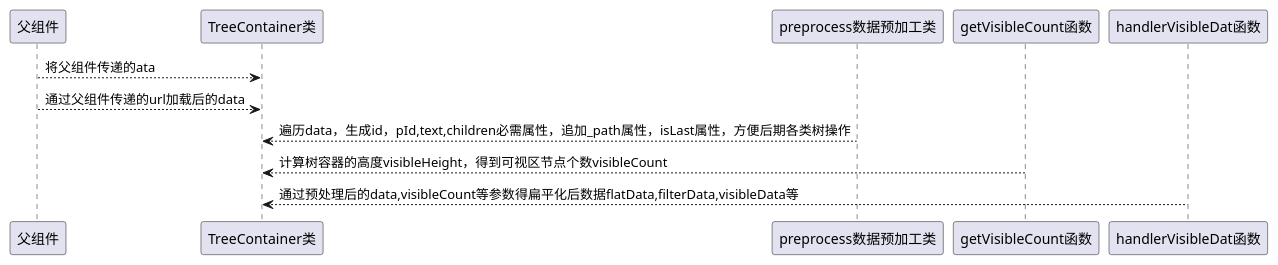
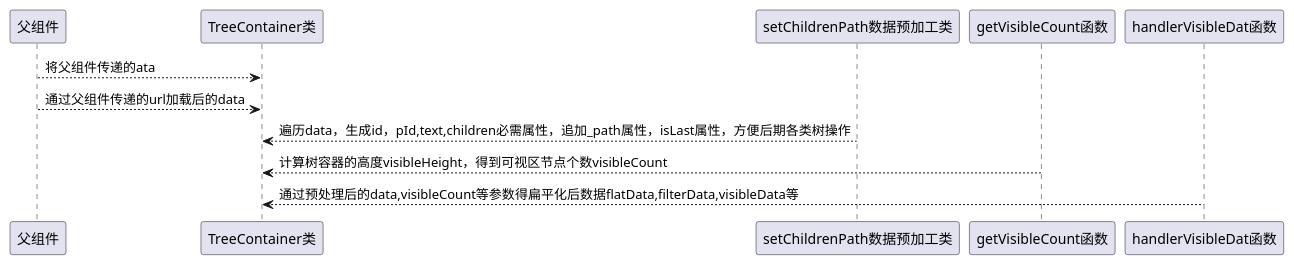
The second of 3 diagrams in README.md (wangzhiyonglyk/wasabi-tree), drawn with PlantUML before and after one commit. The commit also changed other lines of this file, not shown here.

````diff
--- a/README.md
+++ b/README.md
@@ -92,9 +92,9 @@
 ```plantuml
 @startuml
 父组件-->TreeContainer类:将父组件传递的ata
 父组件-->TreeContainer类:通过父组件传递的url加载后的data
-preprocess数据预加工类-->TreeContainer类:遍历data，生成id，pId,text,children必需属性，追加_path属性，isLast属性，方便后期各类树操作
+setChildrenPath数据预加工类-->TreeContainer类:遍历data，生成id，pId,text,children必需属性，追加_path属性，isLast属性，方便后期各类树操作
 getVisibleCount函数-->TreeContainer类:计算树容器的高度visibleHeight，得到可视区节点个数visibleCount
 handlerVisibleDat函数-->TreeContainer类:通过预处理后的data,visibleCount等参数得扁平化后数据flatData,filterData,visibleData等
 @enduml
 ```
````
